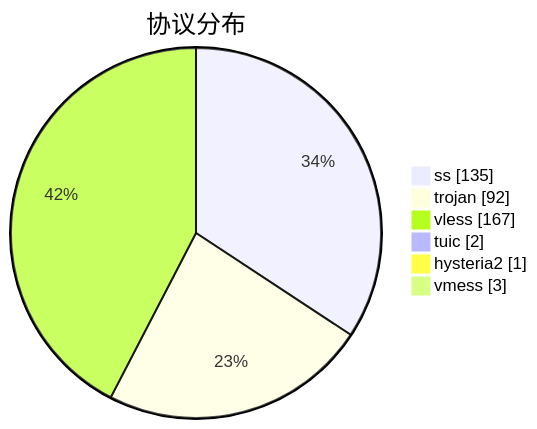
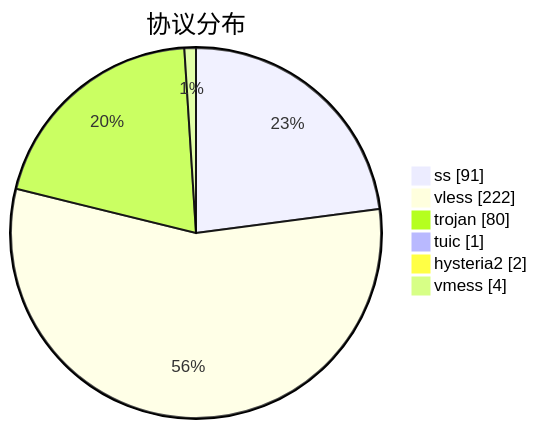
One commit to qjlxg/airport changed the third of 3 diagrams in subs/statistics/tested_within.md. Above: the diagram before and after it, drawn with Mermaid. The commit also changed other lines of this file and 2 other files, not shown here.

````diff
--- a/subs/statistics/tested_within.md
+++ b/subs/statistics/tested_within.md
@@ -32,10 +29,10 @@
 ```mermaid
 pie showData
 title 协议分布
-"ss" : 135
-"trojan" : 92
-"vless" : 167
-"tuic" : 2
-"hysteria2" : 1
-"vmess" : 3
+"ss" : 91
+"vless" : 222
+"trojan" : 80
+"tuic" : 1
+"hysteria2" : 2
+"vmess" : 4
 ```
````
